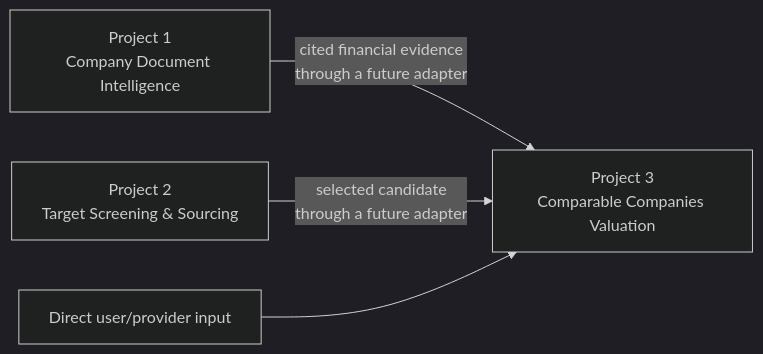
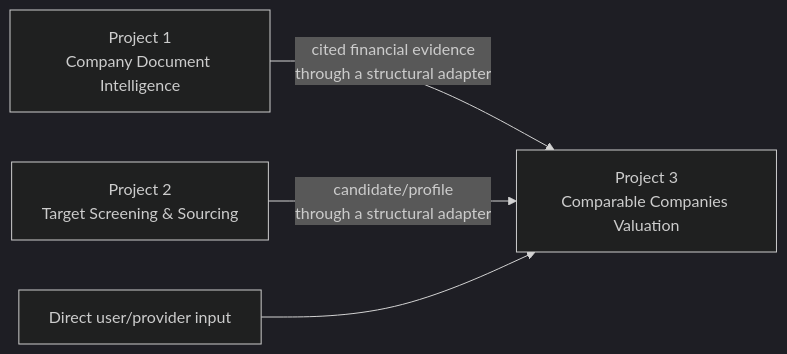
One commit to rishu765/mna_deal_intelligence changed the third of 3 diagrams in 03_comparable_companies_valuation/README.md. Above: the diagram before and after it, drawn with Mermaid (dark theme). The commit also changed other lines of this file and 21 other files, not shown here.

First line of the commit message:
Project 3 M2/3: comparable selection and peer data ingestion (#20)

````diff
--- a/03_comparable_companies_valuation/README.md
+++ b/03_comparable_companies_valuation/README.md
@@ -89,6 +90,6 @@
 ```mermaid
 flowchart LR
-    P1[Project 1\nCompany Document Intelligence] -->|cited financial evidence\nthrough a future adapter| P3[Project 3\nComparable Companies Valuation]
-    P2[Project 2\nTarget Screening & Sourcing] -->|selected candidate\nthrough a future adapter| P3
+    P1[Project 1\nCompany Document Intelligence] -->|cited financial evidence\nthrough a structural adapter| P3[Project 3\nComparable Companies Valuation]
+    P2[Project 2\nTarget Screening & Sourcing] -->|candidate/profile\nthrough a structural adapter| P3
     Direct[Direct user/provider input] --> P3
 ```
````
